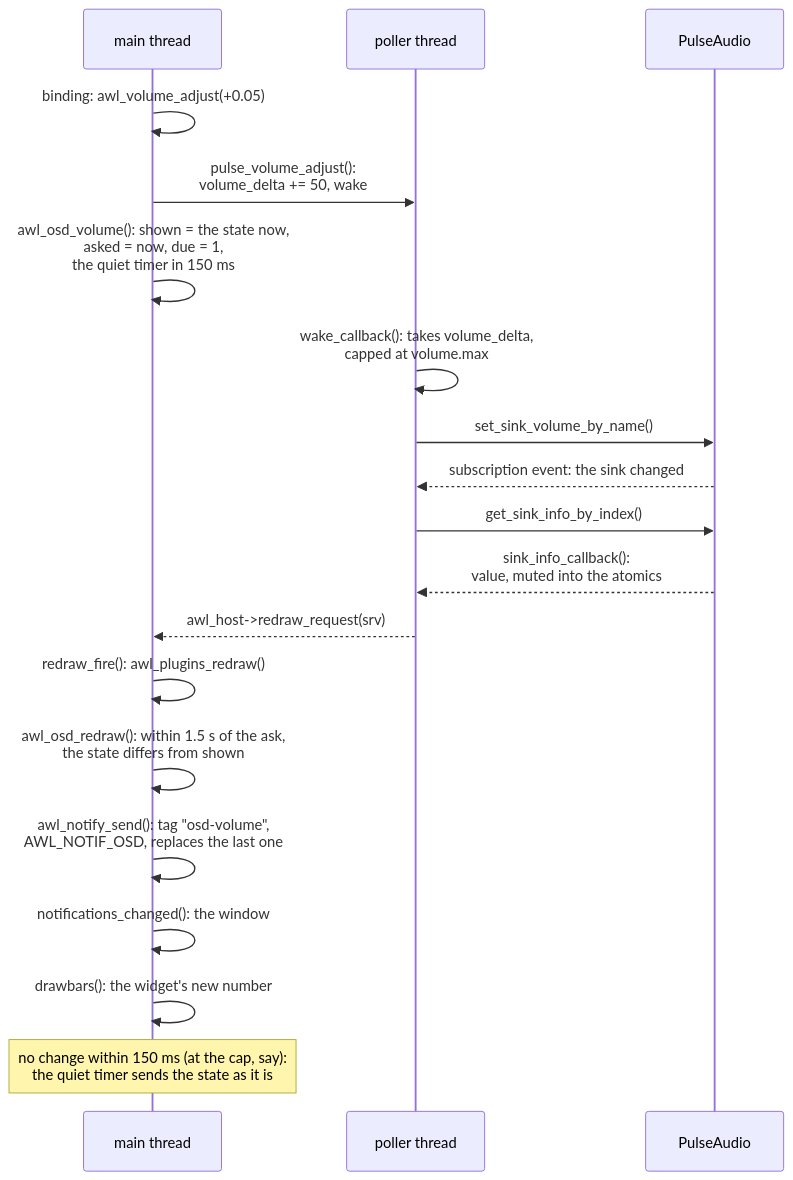
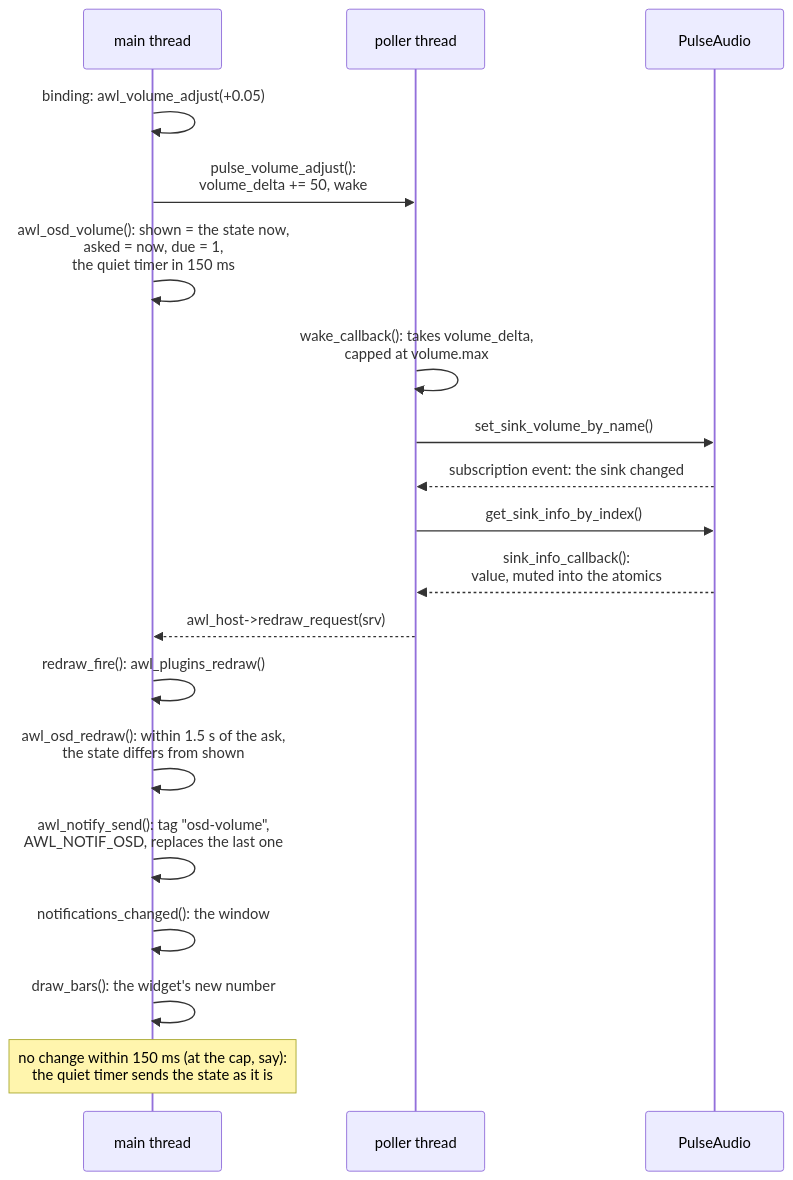
One commit to alcubierre-drive/awl changed the fifth of 8 diagrams in doc/threads.rst. Above: the diagram before and after it, drawn with Mermaid. The commit also changed other lines of this file and 132 other files, not shown here.

```diff
--- a/doc/threads.rst
+++ b/doc/threads.rst
@@ -248,21 +248,21 @@
 .. mermaid::
 
    sequenceDiagram
      participant M as main thread
      participant P as poller thread
      participant S as PulseAudio
      M->>M: binding: awl_volume_adjust(+0.05)
      M->>P: pulse_volume_adjust():<br/>volume_delta += 50, wake
      M->>M: awl_osd_volume(): shown = the state now,<br/>asked = now, due = 1,<br/>the quiet timer in 150 ms
      P->>P: wake_callback(): takes volume_delta,<br/>capped at volume.max
      P->>S: set_sink_volume_by_name()
      S-->>P: subscription event: the sink changed
      P->>S: get_sink_info_by_index()
      S-->>P: sink_info_callback():<br/>value, muted into the atomics
      P-->>M: awl_host->redraw_request(srv)
      M->>M: redraw_fire(): awl_plugins_redraw()
      M->>M: awl_osd_redraw(): within 1.5 s of the ask,<br/>the state differs from shown
      M->>M: awl_notify_send(): tag "osd-volume",<br/>AWL_NOTIF_OSD, replaces the last one
      M->>M: notifications_changed(): the window
-     M->>M: drawbars(): the widget's new number
+     M->>M: draw_bars(): the widget's new number
      Note over M: no change within 150 ms (at the cap, say):<br/>the quiet timer sends the state as it is
```
